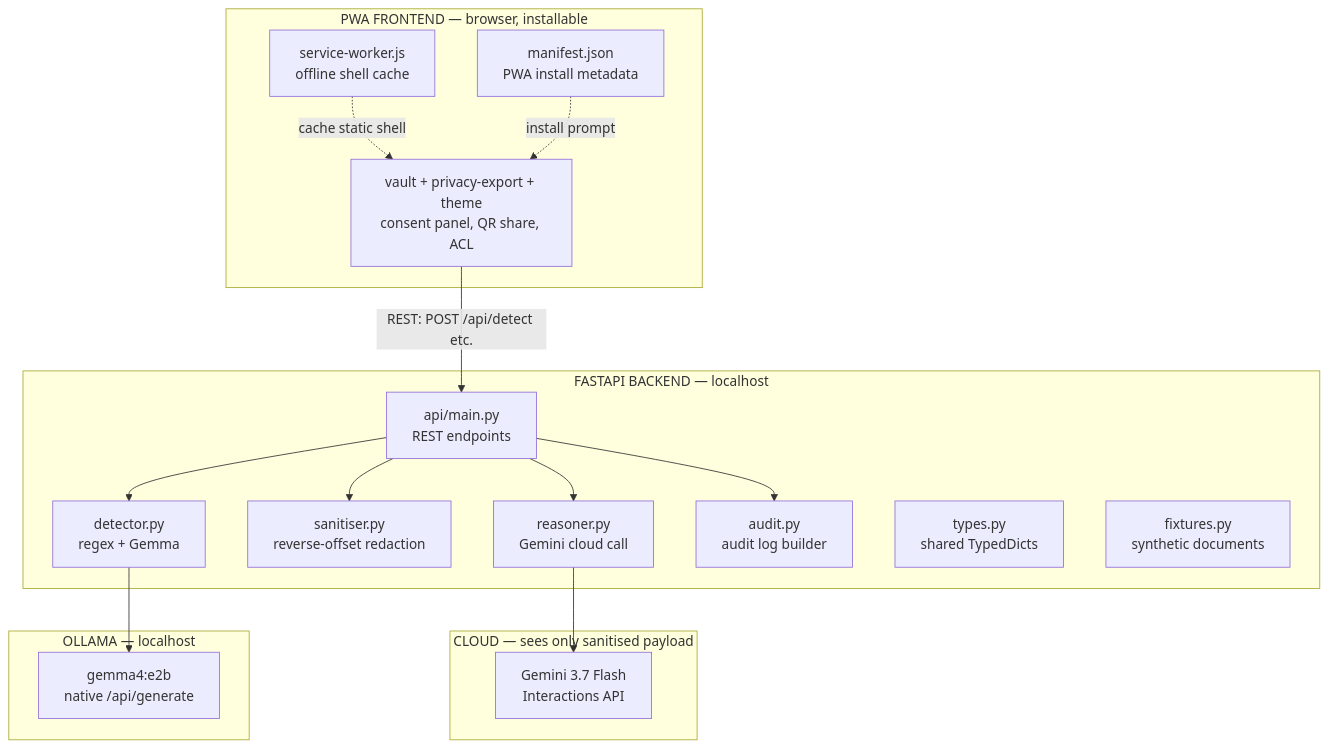
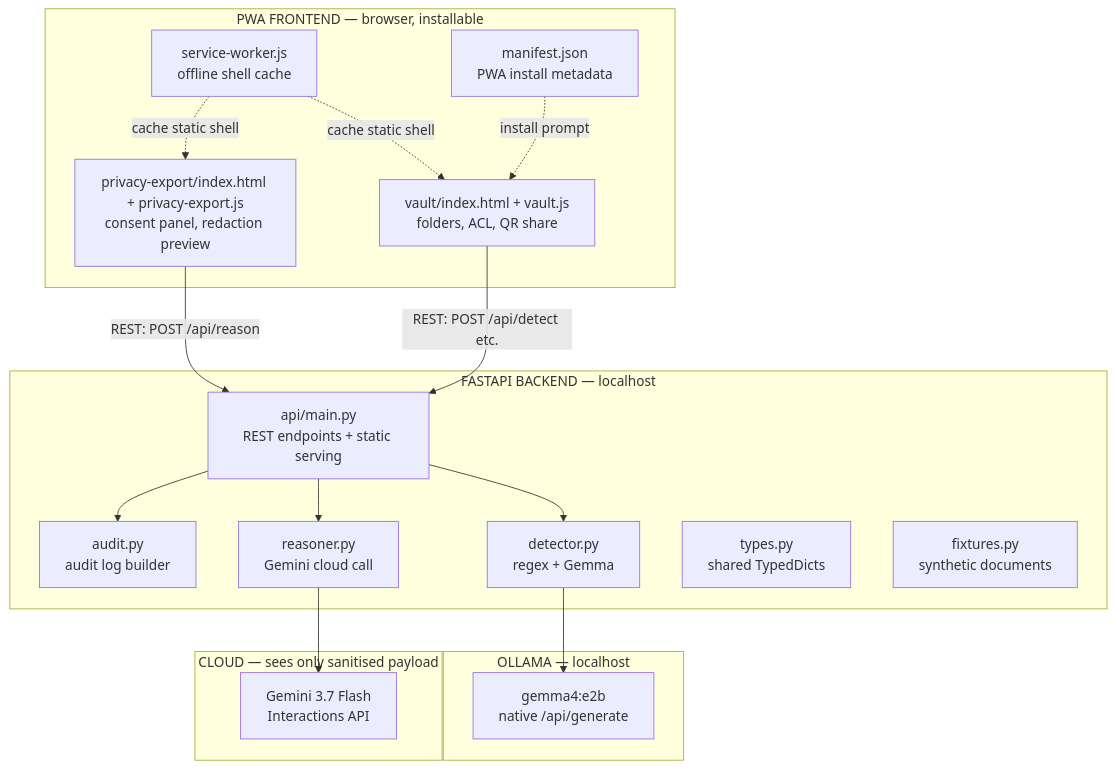
One commit to supawichza40/imperial-deepmind-hackathon changed the diagram in docs/specs/architecture.md. Above: the diagram before and after it, drawn with Mermaid. The commit also changed other lines of this file and 5 other files, not shown here.

````diff
--- a/docs/specs/architecture.md
+++ b/docs/specs/architecture.md
@@ -11,34 +11,35 @@
 ```mermaid
 flowchart TB
     subgraph BROWSER["PWA FRONTEND — browser, installable"]
         SW[service-worker.js<br/>offline shell cache]
-        UI[vault + privacy-export + theme<br/>consent panel, QR share, ACL]
+        VAULT[vault/index.html + vault.js<br/>folders, ACL, QR share]
+        EXPORT[privacy-export/index.html + privacy-export.js<br/>consent panel, redaction preview]
         MAN[manifest.json<br/>PWA install metadata]
     end
 
     subgraph SERVER["FASTAPI BACKEND — localhost"]
-        API[api/main.py<br/>REST endpoints]
+        API[api/main.py<br/>REST endpoints + static serving]
         DET[detector.py<br/>regex + Gemma]
-        SAN[sanitiser.py<br/>reverse-offset redaction]
         REA[reasoner.py<br/>Gemini cloud call]
         AUD[audit.py<br/>audit log builder]
         TYP[types.py<br/>shared TypedDicts]
         FIX[fixtures.py<br/>synthetic documents]
     end
 
     subgraph CLOUD["CLOUD — sees only sanitised payload"]
         GEM[Gemini 3.7 Flash<br/>Interactions API]
     end
 
     subgraph LOCAL["OLLAMA — localhost"]
         OLL[gemma4:e2b<br/>native /api/generate]
     end
 
-    UI -->|REST: POST /api/detect etc.| API
+    VAULT -->|REST: POST /api/detect etc.| API
+    EXPORT -->|REST: POST /api/reason| API
     API --> DET --> OLL
-    API --> SAN
     API --> REA --> GEM
     API --> AUD
-    SW -.->|cache static shell| UI
-    MAN -.->|install prompt| UI
+    SW -.->|cache static shell| VAULT
+    SW -.->|cache static shell| EXPORT
+    MAN -.->|install prompt| VAULT
 ```
````
